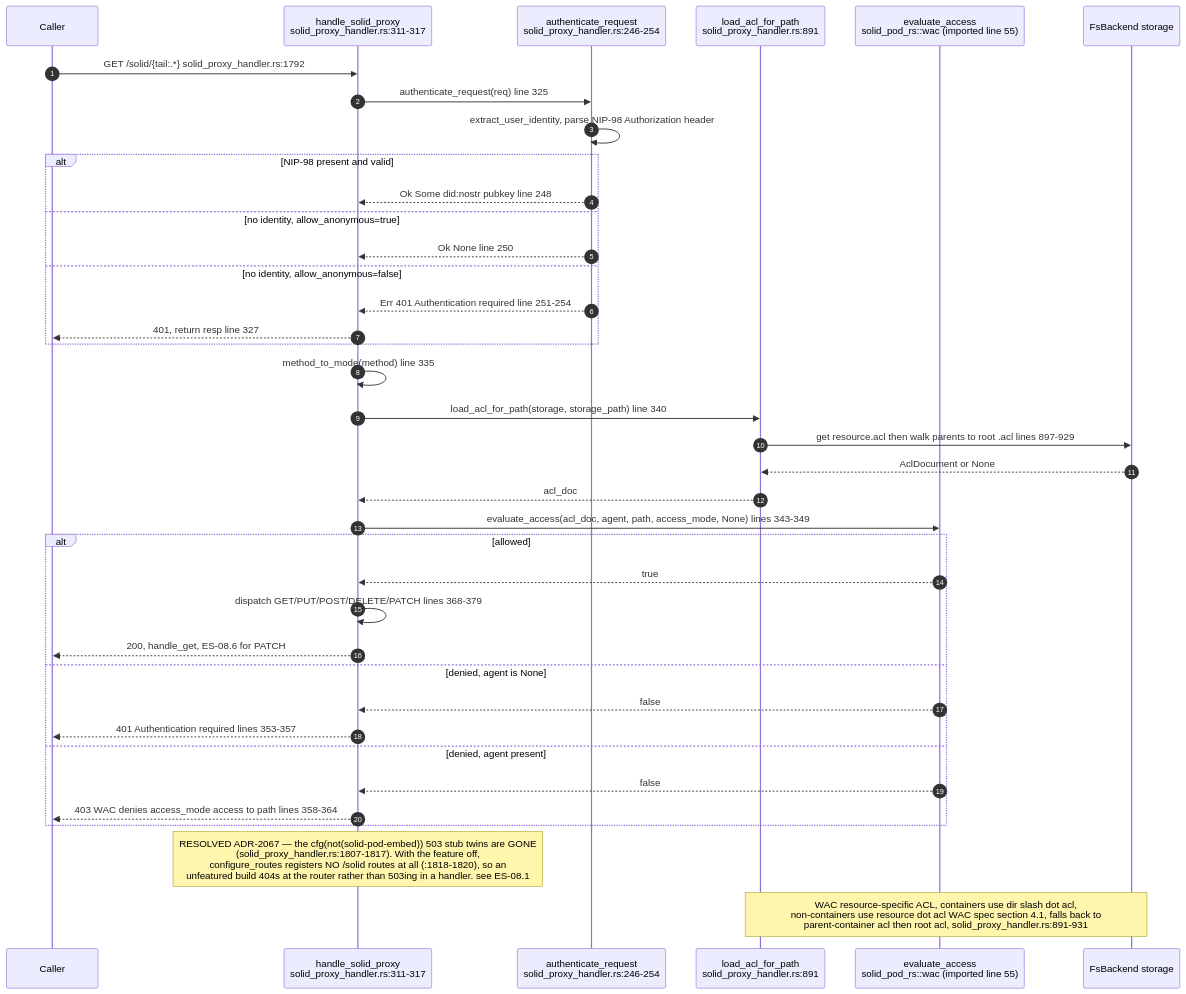
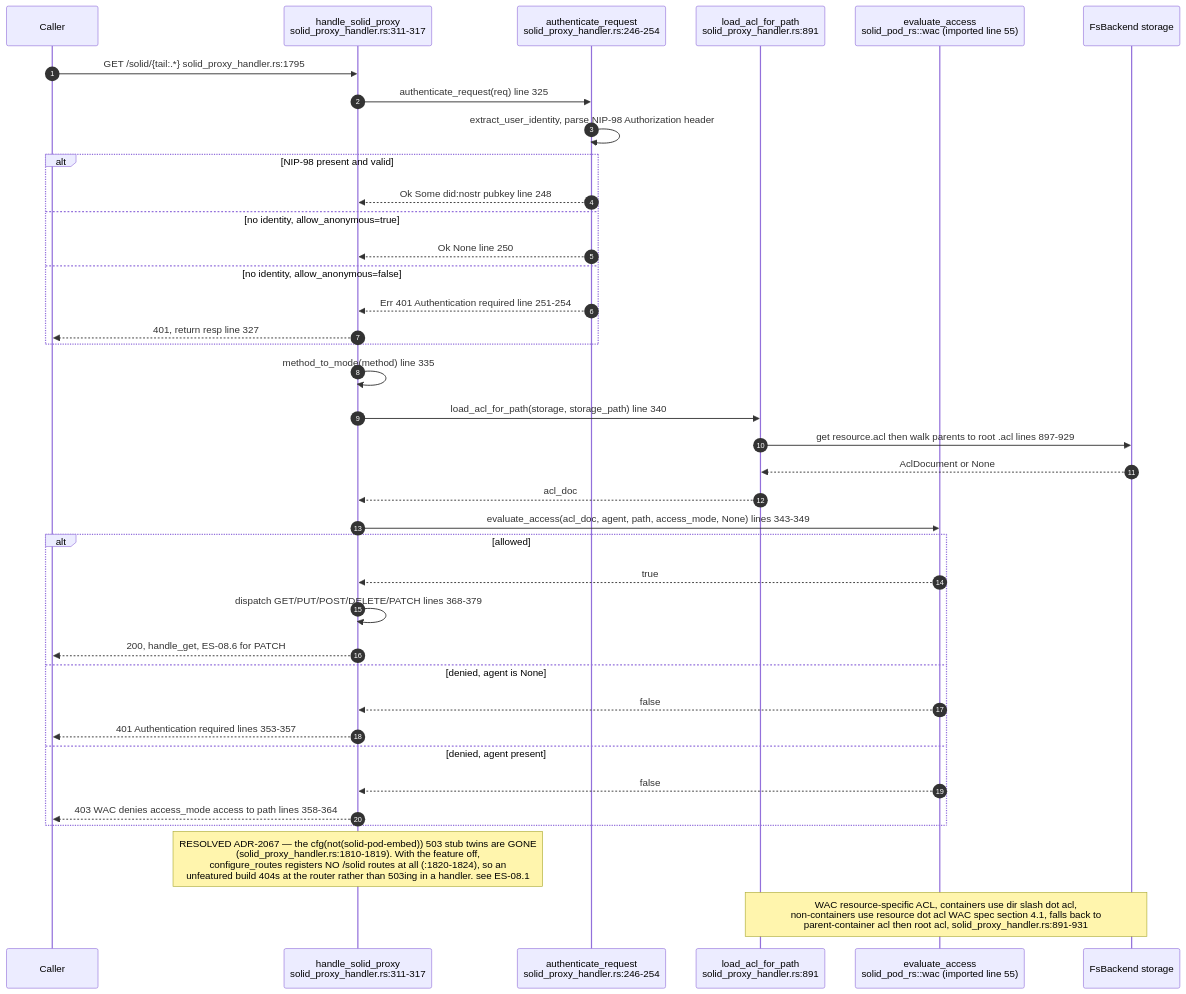
One commit to DreamLab-AI/VisionFlow changed the fourth of 13 diagrams in docs/diagrams/estate/08-solid-pod-estate.md. Above: the diagram before and after it, drawn with Mermaid. The commit also changed other lines of this file and 160 other files, not shown here.

````diff
--- a/docs/diagrams/estate/08-solid-pod-estate.md
+++ b/docs/diagrams/estate/08-solid-pod-estate.md
@@ -167,44 +171,44 @@
 ```mermaid
 sequenceDiagram
     autonumber
     participant C as Caller
     participant H as handle_solid_proxy<br/>solid_proxy_handler.rs:311-317
     participant AUTH as authenticate_request<br/>solid_proxy_handler.rs:246-254
     participant ACL as load_acl_for_path<br/>solid_proxy_handler.rs:891
     participant WAC as evaluate_access<br/>solid_pod_rs::wac (imported line 55)
     participant FS as FsBackend storage
 
-    C->>H: GET /solid/{tail:.*} solid_proxy_handler.rs:1792
+    C->>H: GET /solid/{tail:.*} solid_proxy_handler.rs:1795
     H->>AUTH: authenticate_request(req) line 325
     AUTH->>AUTH: extract_user_identity, parse NIP-98 Authorization header
     alt NIP-98 present and valid
         AUTH-->>H: Ok Some did:nostr pubkey line 248
     else no identity, allow_anonymous=true
         AUTH-->>H: Ok None line 250
     else no identity, allow_anonymous=false
         AUTH-->>H: Err 401 Authentication required line 251-254
         H-->>C: 401, return resp line 327
     end
 
     H->>H: method_to_mode(method) line 335
     H->>ACL: load_acl_for_path(storage, storage_path) line 340
     ACL->>FS: get resource.acl then walk parents to root .acl lines 897-929
     FS-->>ACL: AclDocument or None
     ACL-->>H: acl_doc
 
     H->>WAC: evaluate_access(acl_doc, agent, path, access_mode, None) lines 343-349
     alt allowed
         WAC-->>H: true
         H->>H: dispatch GET/PUT/POST/DELETE/PATCH lines 368-379
         H-->>C: 200, handle_get, ES-08.6 for PATCH
     else denied, agent is None
         WAC-->>H: false
         H-->>C: 401 Authentication required lines 353-357
     else denied, agent present
         WAC-->>H: false
         H-->>C: 403 WAC denies access_mode access to path lines 358-364
     end
 
-    Note over H: RESOLVED ADR-2067 — the cfg(not(solid-pod-embed)) 503 stub twins are GONE<br/>(solid_proxy_handler.rs:1807-1817). With the feature off,<br/>configure_routes registers NO /solid routes at all (:1818-1820), so an<br/>unfeatured build 404s at the router rather than 503ing in a handler. see ES-08.1
+    Note over H: RESOLVED ADR-2067 — the cfg(not(solid-pod-embed)) 503 stub twins are GONE<br/>(solid_proxy_handler.rs:1810-1819). With the feature off,<br/>configure_routes registers NO /solid routes at all (:1820-1824), so an<br/>unfeatured build 404s at the router rather than 503ing in a handler. see ES-08.1
     Note over ACL,FS: WAC resource-specific ACL, containers use dir slash dot acl,<br/>non-containers use resource dot acl WAC spec section 4.1, falls back to<br/>parent-container acl then root acl, solid_proxy_handler.rs:891-931
 ```
````
